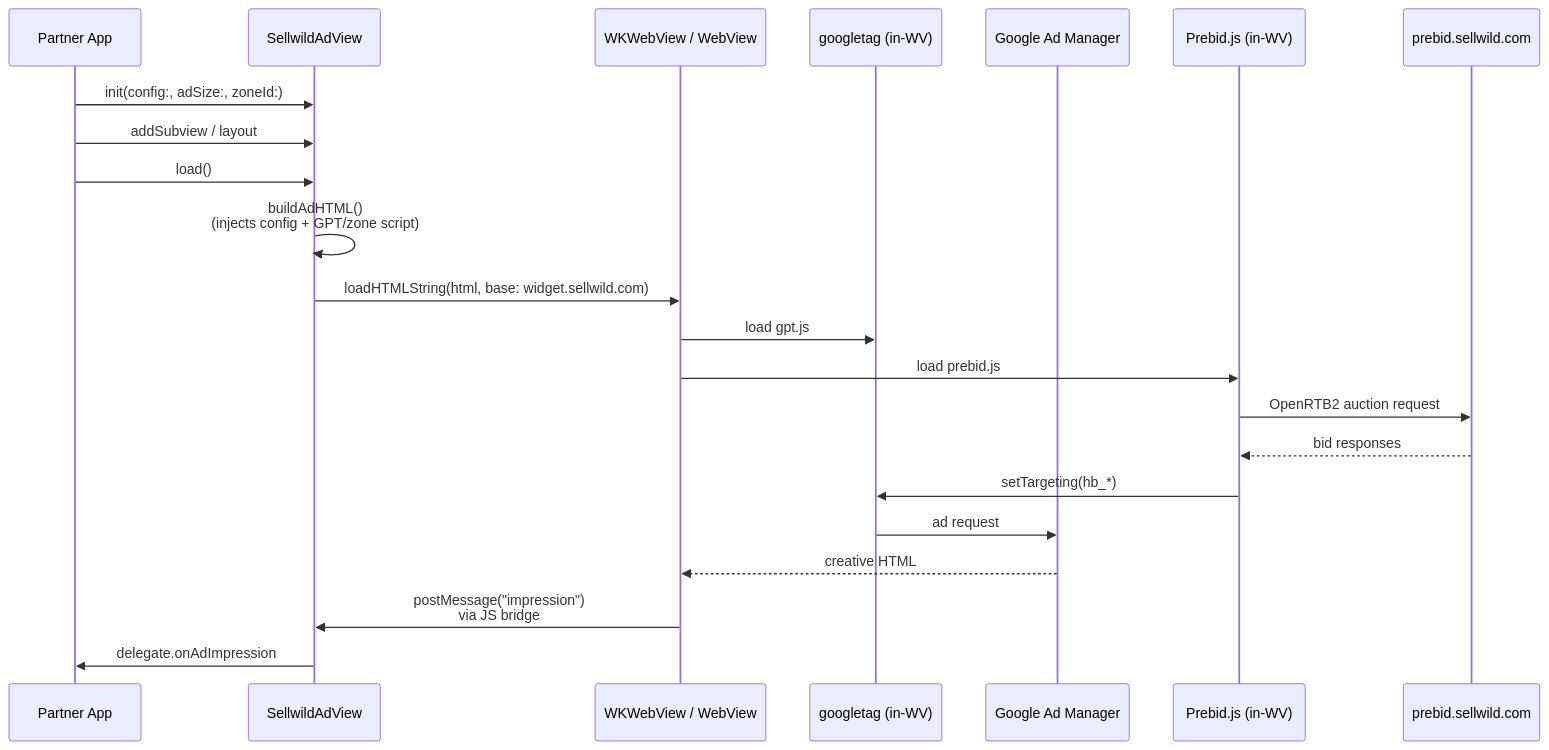
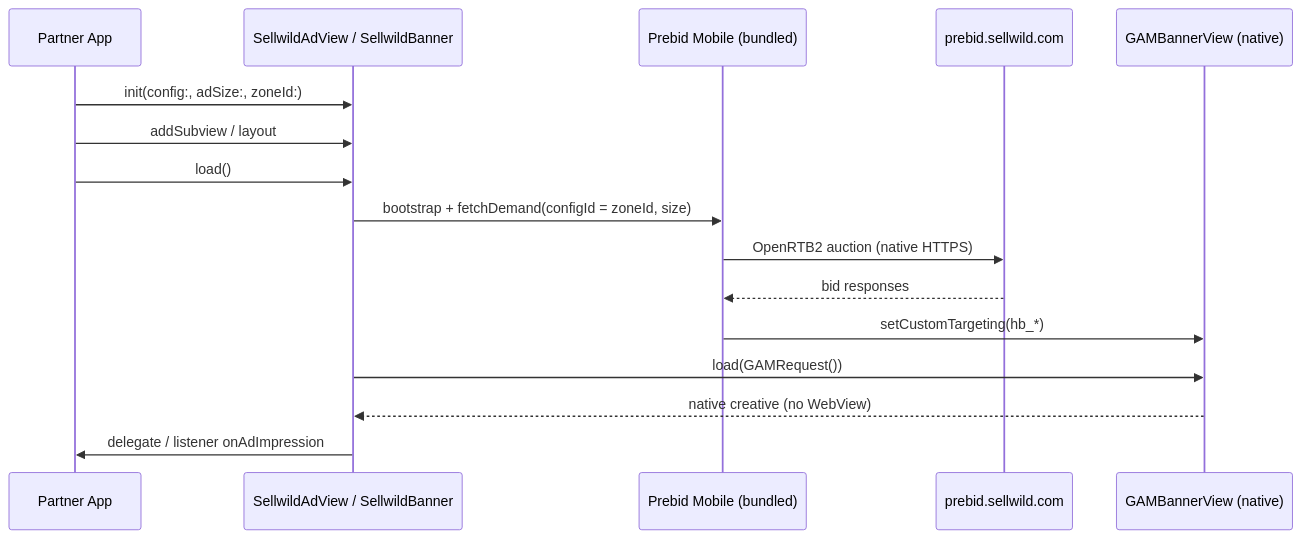
Before and after one commit to Antengo/sellwild-sdk: the third of 6 diagrams in ARCHITECTURE.md, drawn with Mermaid. The commit also changed other lines of this file and 4 other files, not shown here.

````diff
--- a/ARCHITECTURE.md
+++ b/ARCHITECTURE.md
@@ -103,25 +106,19 @@
 ```mermaid
 sequenceDiagram
     participant App as Partner App
-    participant AdView as SellwildAdView
-    participant WV as WKWebView / WebView
-    participant GPT as googletag (in-WV)
-    participant GAM as Google Ad Manager
-    participant Prebid as Prebid.js (in-WV)
+    participant AdView as SellwildAdView / SellwildBanner
+    participant Prebid as Prebid Mobile (bundled)
     participant PBS as prebid.sellwild.com
+    participant GAM as GAMBannerView (native)
 
     App->>AdView: init(config:, adSize:, zoneId:)
     App->>AdView: addSubview / layout
     App->>AdView: load()
-    AdView->>AdView: buildAdHTML()<br/>(injects config + GPT/zone script)
-    AdView->>WV: loadHTMLString(html, base: widget.sellwild.com)
-    WV->>GPT: load gpt.js
-    WV->>Prebid: load prebid.js
-    Prebid->>PBS: OpenRTB2 auction request
+    AdView->>Prebid: bootstrap + fetchDemand(configId = zoneId, size)
+    Prebid->>PBS: OpenRTB2 auction (native HTTPS)
     PBS-->>Prebid: bid responses
-    Prebid->>GPT: setTargeting(hb_*)
-    GPT->>GAM: ad request
-    GAM-->>WV: creative HTML
-    WV->>AdView: postMessage("impression")<br/>via JS bridge
-    AdView->>App: delegate.onAdImpression
+    Prebid->>GAM: setCustomTargeting(hb_*)
+    AdView->>GAM: load(GAMRequest())
+    GAM-->>AdView: native creative (no WebView)
+    AdView->>App: delegate / listener onAdImpression
 ```
````
